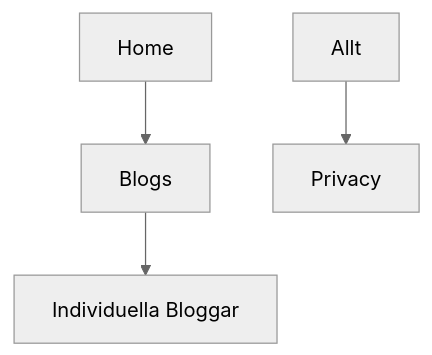
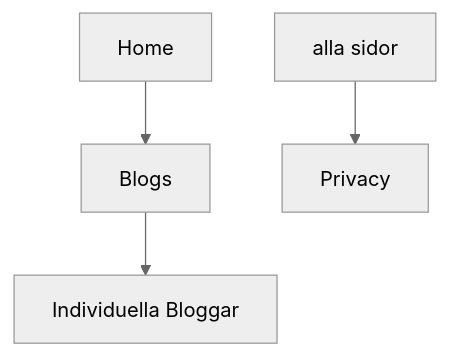
Before and after one commit to PseudoMotivated/personalSite: the diagram in meta abt project/Report.md, drawn with Mermaid (neutral theme). The commit also changed other lines of this file and 11 other files, not shown here.

````diff
--- a/meta abt project/Report.md
+++ b/meta abt project/Report.md
@@ -45,8 +41,9 @@
  ```mermaid
  flowchart
  
 Home --> Blogs --> l[Individuella Bloggar]
 
-Allt --> Privacy
+k[alla sidor] --> Privacy
+
 
  ```
````
